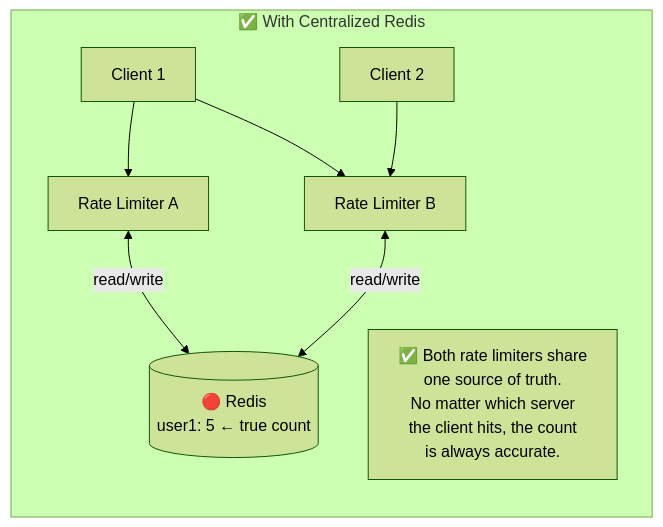
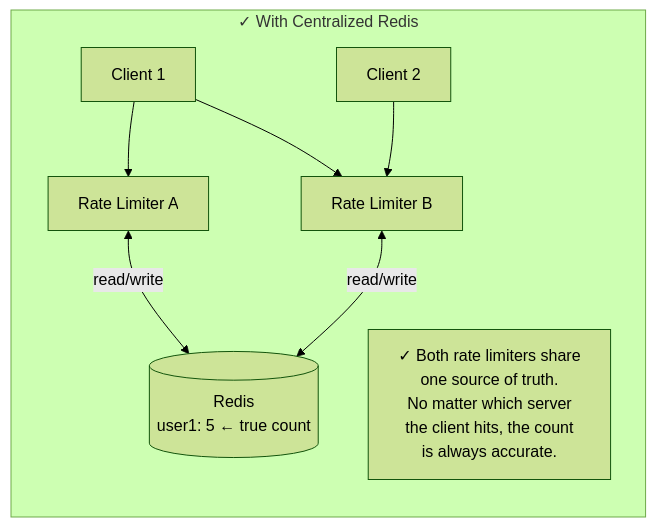
Before and after one commit to devops-monk/system-design-blog: diagram 20 of 26 in content/posts/2026/design-a-rate-limiter.md, drawn with Mermaid (forest theme). The commit also changed other lines of this file and 5 other files, not shown here.

````diff
--- a/content/posts/2026/design-a-rate-limiter.md
+++ b/content/posts/2026/design-a-rate-limiter.md
@@ -852,17 +837,17 @@
 ```mermaid
 graph LR
-    subgraph GOOD["✅ With Centralized Redis"]
+    subgraph GOOD["✓ With Centralized Redis"]
         C3["Client 1"]
         C4["Client 2"]
         RL_C["Rate Limiter A"]
         RL_D["Rate Limiter B"]
-        REDIS[("🔴 Redis\nuser1: 5 ← true count")]
+        REDIS[("Redis\nuser1: 5 ← true count")]
 
         C3 --> RL_C & RL_D
         C4 --> RL_D
         RL_C <-->|"read/write"| REDIS
         RL_D <-->|"read/write"| REDIS
 
-        NOTE2["✅ Both rate limiters share\none source of truth.\nNo matter which server\nthe client hits, the count\nis always accurate."]
+        NOTE2["✓ Both rate limiters share\none source of truth.\nNo matter which server\nthe client hits, the count\nis always accurate."]
     end
 ```
````
